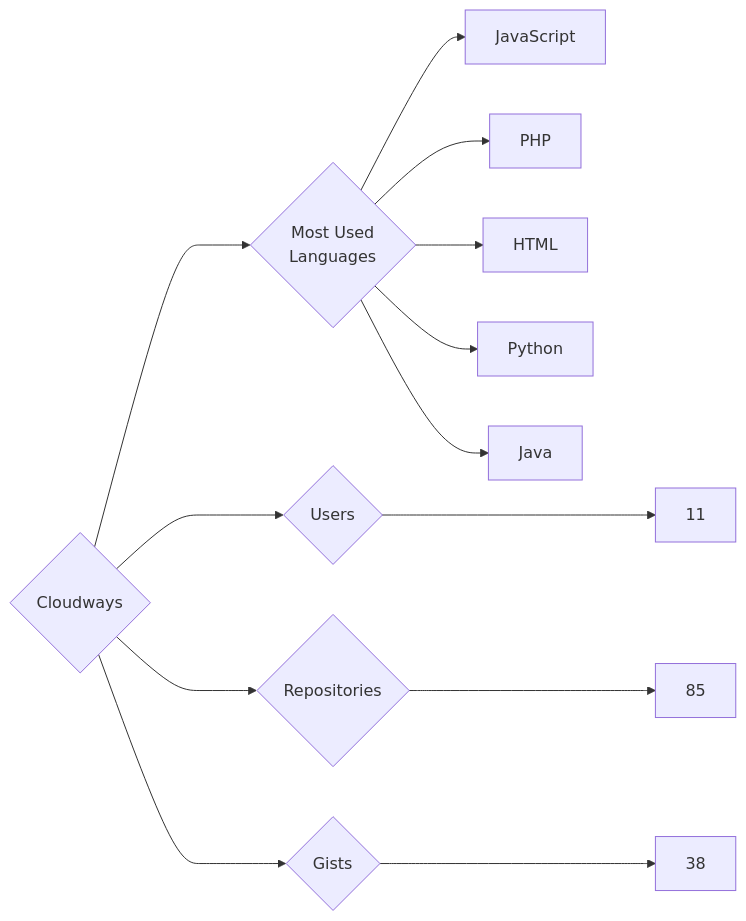
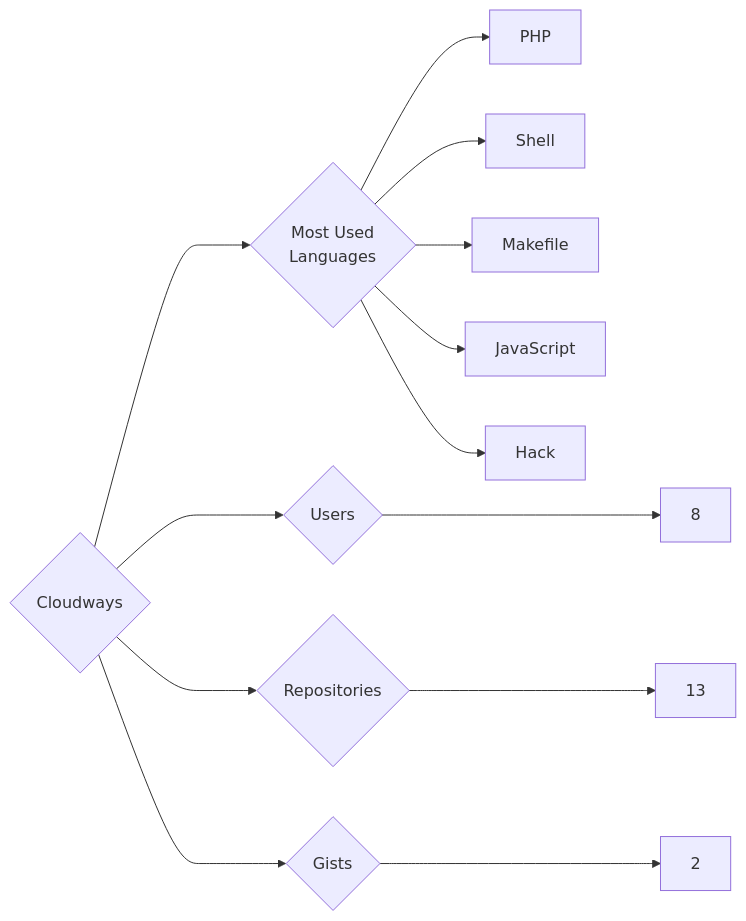
The diagram in targets/Cloudways/README.md (trickest/insiders), drawn with Mermaid before and after one commit. The commit also changed 997 other files, not shown here.

````diff
--- a/targets/Cloudways/README.md
+++ b/targets/Cloudways/README.md
@@ -3,13 +3,13 @@
 ```mermaid
 graph LR
 COMPANY_NAME{Cloudways}
-COMPANY_NAME ---> U{Users} ---> UN[11]
-COMPANY_NAME ---> R{Repositories} ---> RN[85]
-COMPANY_NAME ---> G{Gists} ---> GN[38]
+COMPANY_NAME ---> U{Users} ---> UN[8]
+COMPANY_NAME ---> R{Repositories} ---> RN[13]
+COMPANY_NAME ---> G{Gists} ---> GN[2]
 COMPANY_NAME ---> ML{Most Used<br>Languages}
+ML --> PHP[PHP]
+ML --> Shell[Shell]
+ML --> Makefile[Makefile]
 ML --> JavaScript[JavaScript]
-ML --> PHP[PHP]
-ML --> HTML[HTML]
-ML --> Python[Python]
-ML --> Java[Java]
+ML --> Hack[Hack]
 ```
````
